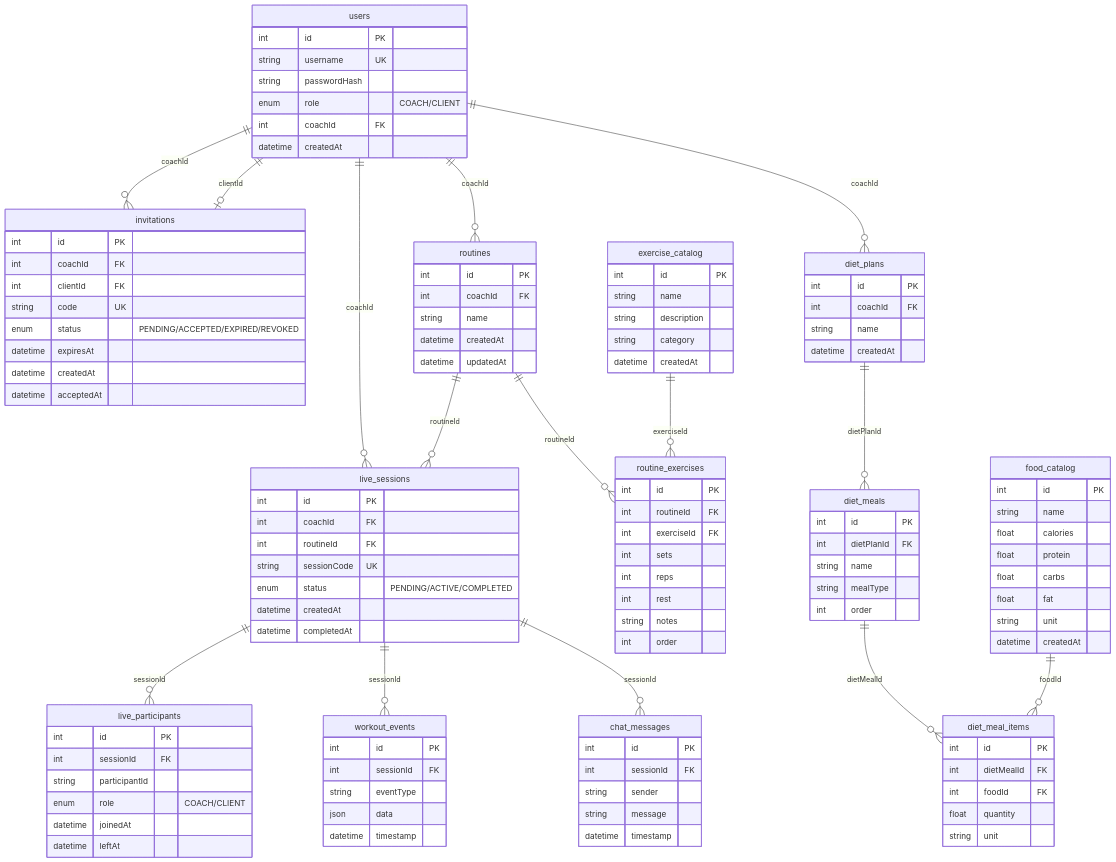
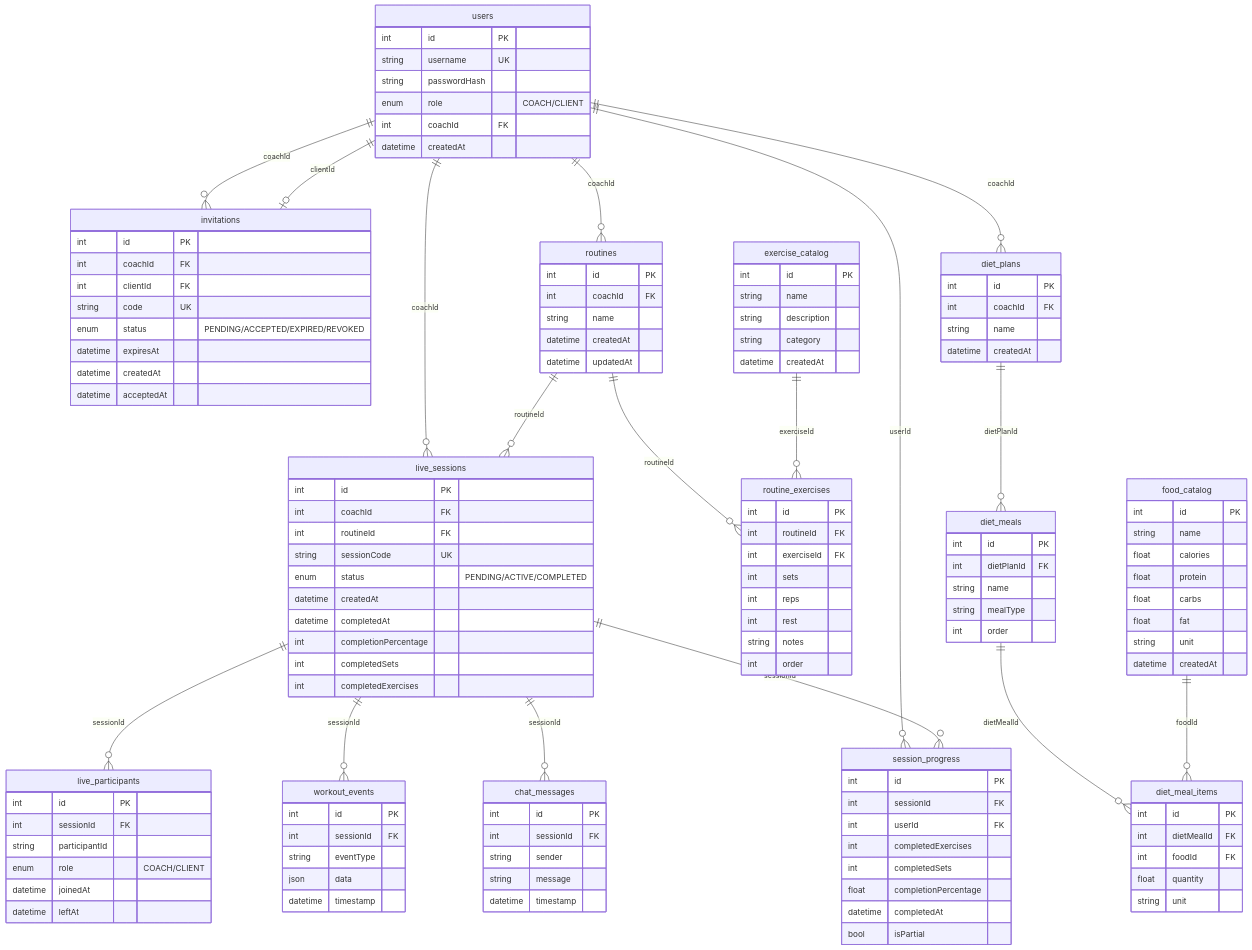
One commit to inspedralbes/prj-final-lightweight changed the diagram in doc/data-model-diagram.md. Above: the diagram before and after it, drawn with Mermaid. The commit also changed other lines of this file and 9 other files, not shown here.

```diff
--- a/doc/data-model-diagram.md
+++ b/doc/data-model-diagram.md
@@ -147,12 +161,14 @@
     users ||--o{ routines : coachId
     users ||--o{ live_sessions : coachId
     users ||--o{ diet_plans : coachId
+    users ||--o{ session_progress : userId
     routines ||--o{ live_sessions : routineId
     routines ||--o{ routine_exercises : routineId
     exercise_catalog ||--o{ routine_exercises : exerciseId
     live_sessions ||--o{ live_participants : sessionId
     live_sessions ||--o{ workout_events : sessionId
     live_sessions ||--o{ chat_messages : sessionId
+    live_sessions ||--o{ session_progress : sessionId
     diet_plans ||--o{ diet_meals : dietPlanId
     diet_meals ||--o{ diet_meal_items : dietMealId
     food_catalog ||--o{ diet_meal_items : foodId
@@ -212,6 +228,9 @@
         enum status "PENDING/ACTIVE/COMPLETED"
         datetime createdAt
         datetime completedAt
+        int completionPercentage
+        int completedSets
+        int completedExercises
     }
 
     live_participants {
@@ -237,6 +256,17 @@
         string sender
         string message
         datetime timestamp
+    }
+
+    session_progress {
+        int id PK
+        int sessionId FK
+        int userId FK
+        int completedExercises
+        int completedSets
+        float completionPercentage
+        datetime completedAt
+        bool isPartial
     }
 
     food_catalog {
```
